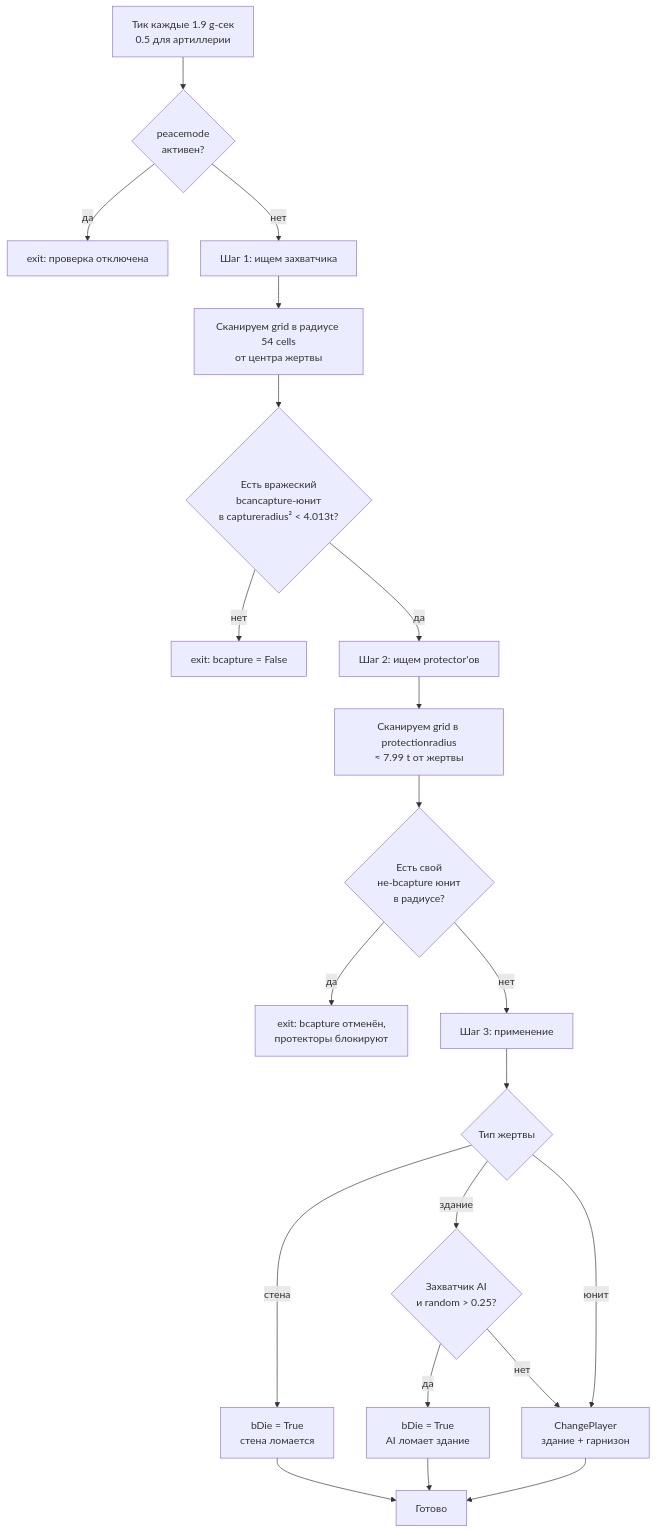
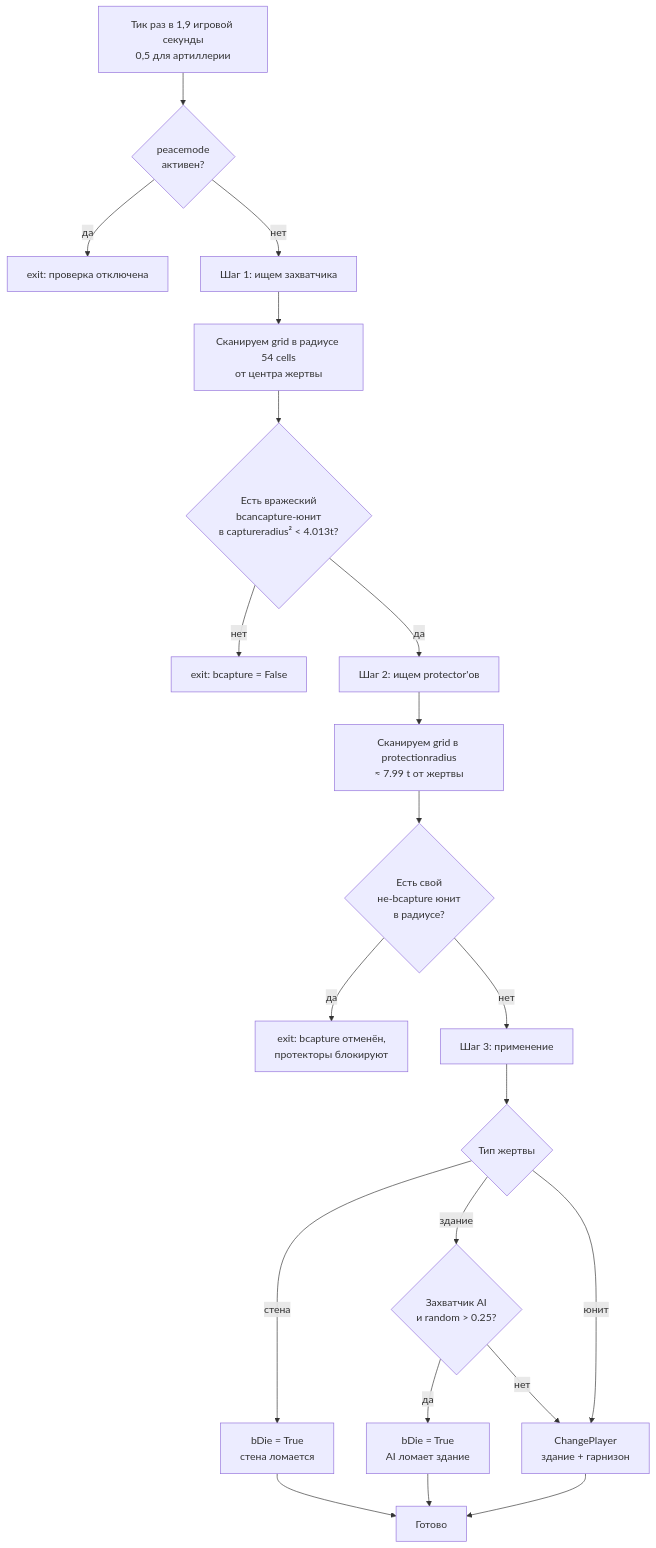
The diagram in docs/recon/world/economy/capture_mechanics.md (anyalink99/cossacks-3-almanac), drawn with Mermaid before and after one commit. The commit also changed other lines of this file and 107 other files, not shown here.

````diff
--- a/docs/recon/world/economy/capture_mechanics.md
+++ b/docs/recon/world/economy/capture_mechanics.md
@@ -131,23 +131,23 @@
 ```mermaid
 flowchart TD
-    Tick[Тик каждые 1.9 g-сек<br/>0.5 для артиллерии] --> Peace{peacemode<br/>активен?}
+    Tick[Тик раз в 1,9 игровой секунды<br/>0,5 для артиллерии] --> Peace{peacemode<br/>активен?}
     Peace -- да --> Stop1[exit: проверка отключена]
     Peace -- нет --> Step1[Шаг 1: ищем захватчика]
     Step1 --> Scan[Сканируем grid в радиусе 54 cells<br/>от центра жертвы]
     Scan --> Found{Есть вражеский<br/>bcancapture-юнит<br/>в captureradius² &lt; 4.013t?}
     Found -- нет --> Stop2[exit: bcapture = False]
     Found -- да --> Step2[Шаг 2: ищем protector'ов]
     Step2 --> Scan2[Сканируем grid в protectionradius<br/>≈ 7.99 t от жертвы]
     Scan2 --> Prot{Есть свой<br/>не-bcapture юнит<br/>в радиусе?}
     Prot -- да --> Stop3[exit: bcapture отменён,<br/>протекторы блокируют]
     Prot -- нет --> Step3[Шаг 3: применение]
     Step3 --> Type{Тип жертвы}
     Type -- стена --> Die1[bDie = True<br/>стена ломается]
     Type -- здание --> AICheck{Захватчик AI<br/>и random &gt; 0.25?}
     AICheck -- да --> Die2[bDie = True<br/>AI ломает здание]
     AICheck -- нет --> Change[ChangePlayer<br/>здание + гарнизон]
     Type -- юнит --> Change
     Change --> Done[Готово]
     Die1 --> Done
     Die2 --> Done
 ```
````
